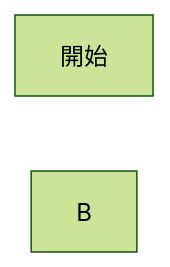
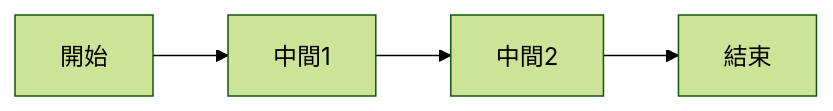
The first of 2 diagrams in 知識/程式語言/Mermaid/語法/流程圖/連結目錄/多重連結.md (kuku0508/kuku_note_ver_2), drawn with Mermaid (forest theme) before and after one commit. The commit also changed other lines of this file and 1 other file, not shown here.

````diff
--- a/知識/程式語言/Mermaid/語法/流程圖/連結目錄/多重連結.md
+++ b/知識/程式語言/Mermaid/語法/流程圖/連結目錄/多重連結.md
@@ -5,5 +5,8 @@
 ```Mermaid
 flowchart LR
 A@{ shape:circle , label: "開始"}
-B@{ shape:circle , label: ""}
+B@{ shape:circle , label: "中間1"}
+C@{ shape:circle , label: "中間2"}
+D@{ shape:dbl-circ , label: "結束"}
+A --> B --> C --> D
 ```
````
